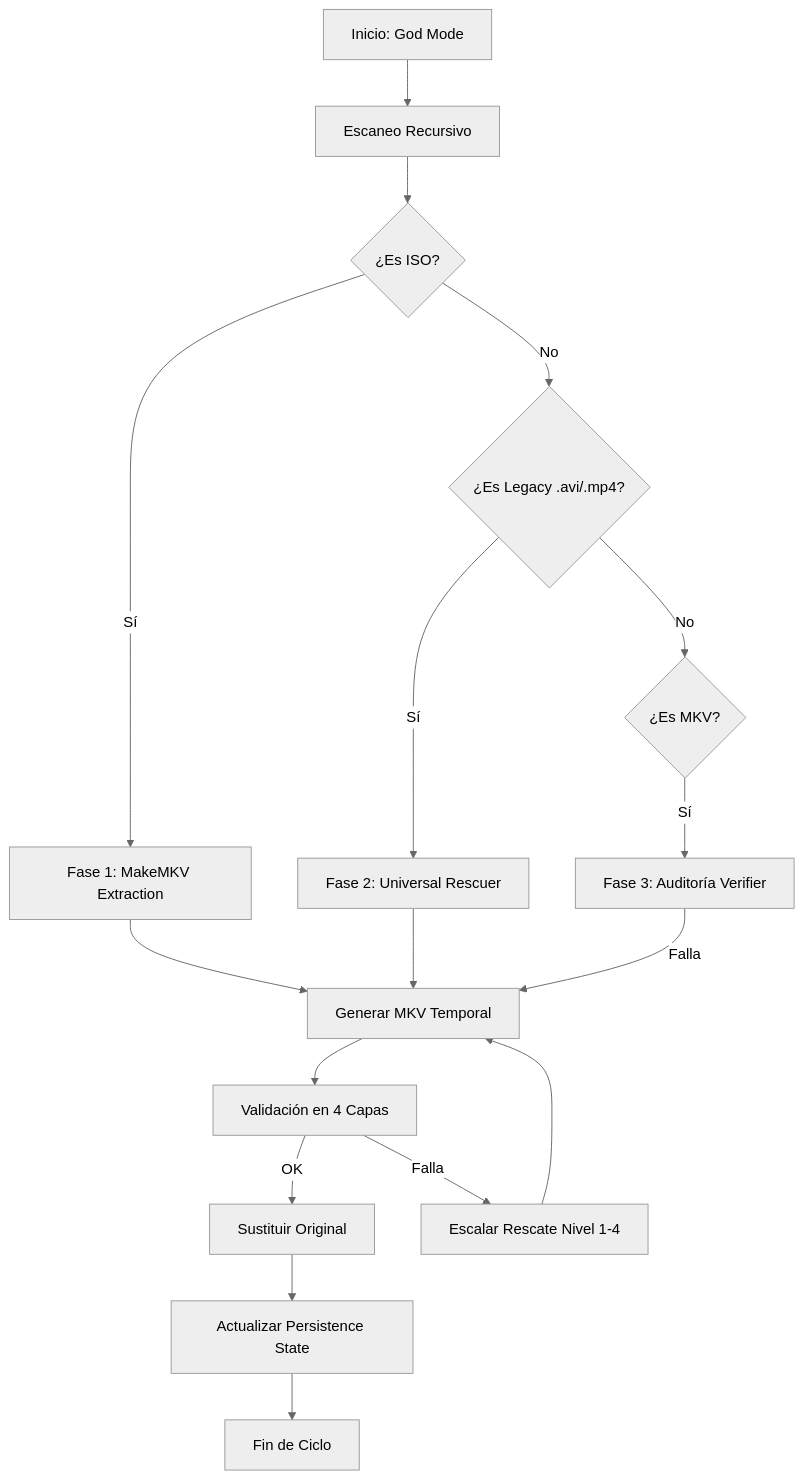
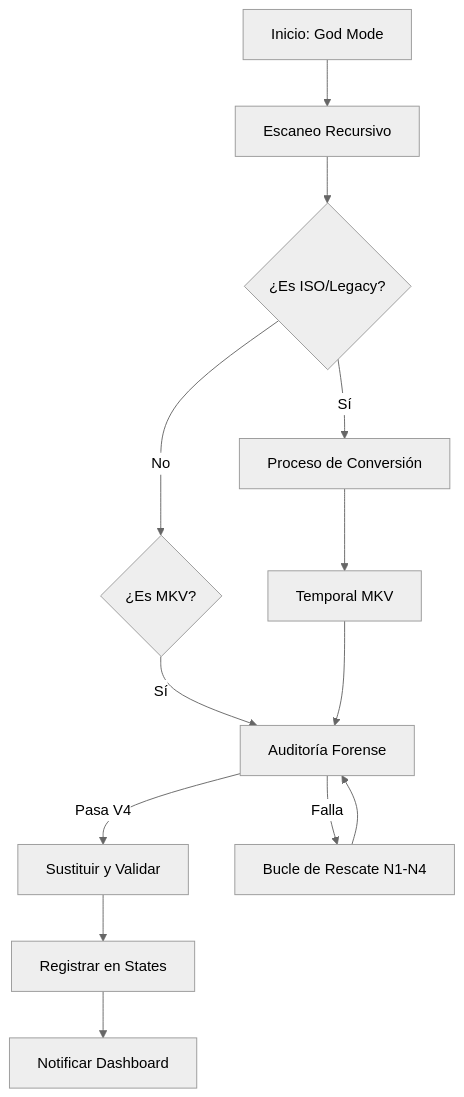
The second of 2 diagrams in docs/singularity_mode.md (RawSmokeTerribilus/Singularity), drawn with Mermaid (neutral theme) before and after one commit. The commit also changed other lines of this file and 17 other files, not shown here.

Commit message:
docs: expand technical diagrams with detailed subprocesses and Mermaid logic

````diff
--- a/docs/singularity_mode.md
+++ b/docs/singularity_mode.md
@@ -59,22 +66,18 @@
 ```mermaid
 graph TD
     A[Inicio: God Mode] --> B[Escaneo Recursivo]
-    B --> C{¿Es ISO?}
-    C -->|Sí| D[Fase 1: MakeMKV Extraction]
-    C -->|No| E{¿Es Legacy .avi/.mp4?}
-    E -->|Sí| F[Fase 2: Universal Rescuer]
-    E -->|No| G{¿Es MKV?}
-    G -->|Sí| H[Fase 3: Auditoría Verifier]
+    B --> C{¿Es ISO/Legacy?}
+    C -->|Sí| D[Proceso de Conversión]
+    C -->|No| E{¿Es MKV?}
     
-    D --> I[Generar MKV Temporal]
-    F --> I
-    H -->|Falla| I
+    D --> F[Temporal MKV]
+    E -->|Sí| G[Auditoría Forense]
+    F --> G
     
-    I --> J[Validación en 4 Capas]
-    J -->|OK| K[Sustituir Original]
-    J -->|Falla| L[Escalar Rescate Nivel 1-4]
+    G -->|Pasa V4| H[Sustituir y Validar]
+    G -->|Falla| I[Bucle de Rescate N1-N4]
+    I --> G
     
-    L --> I
-    K --> M[Actualizar Persistence State]
-    M --> N[Fin de Ciclo]
+    H --> J[Registrar en States]
+    J --> K[Notificar Dashboard]
 ```
````
